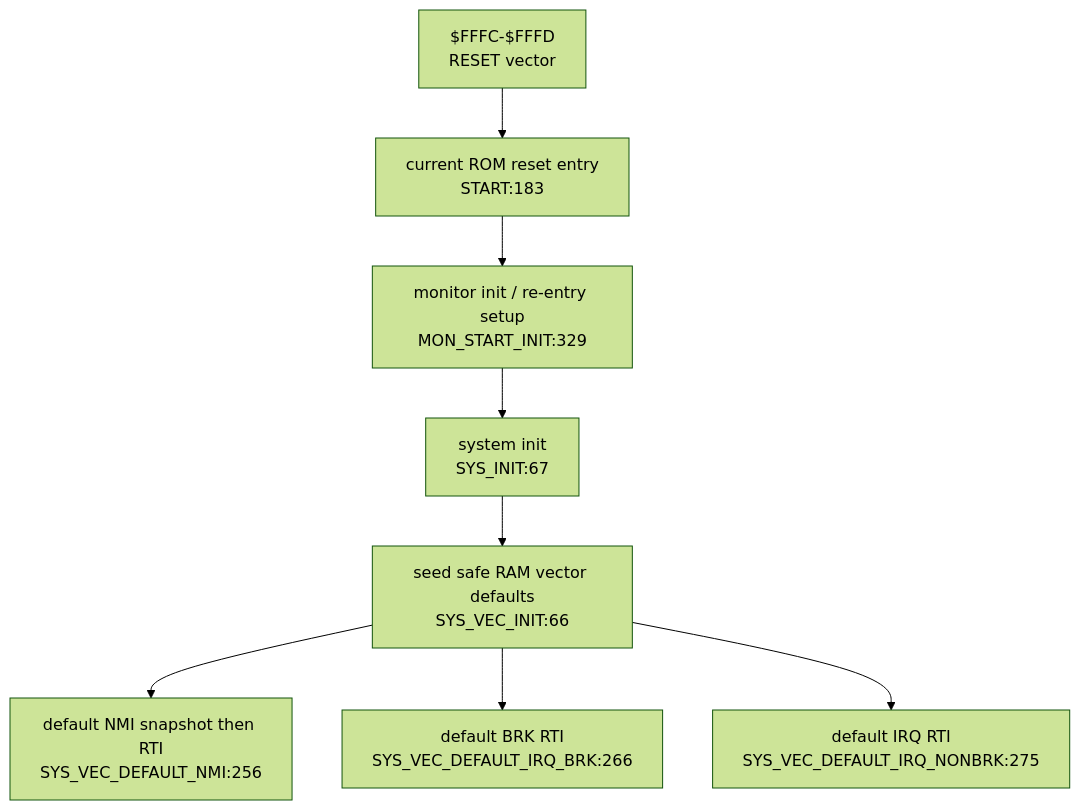
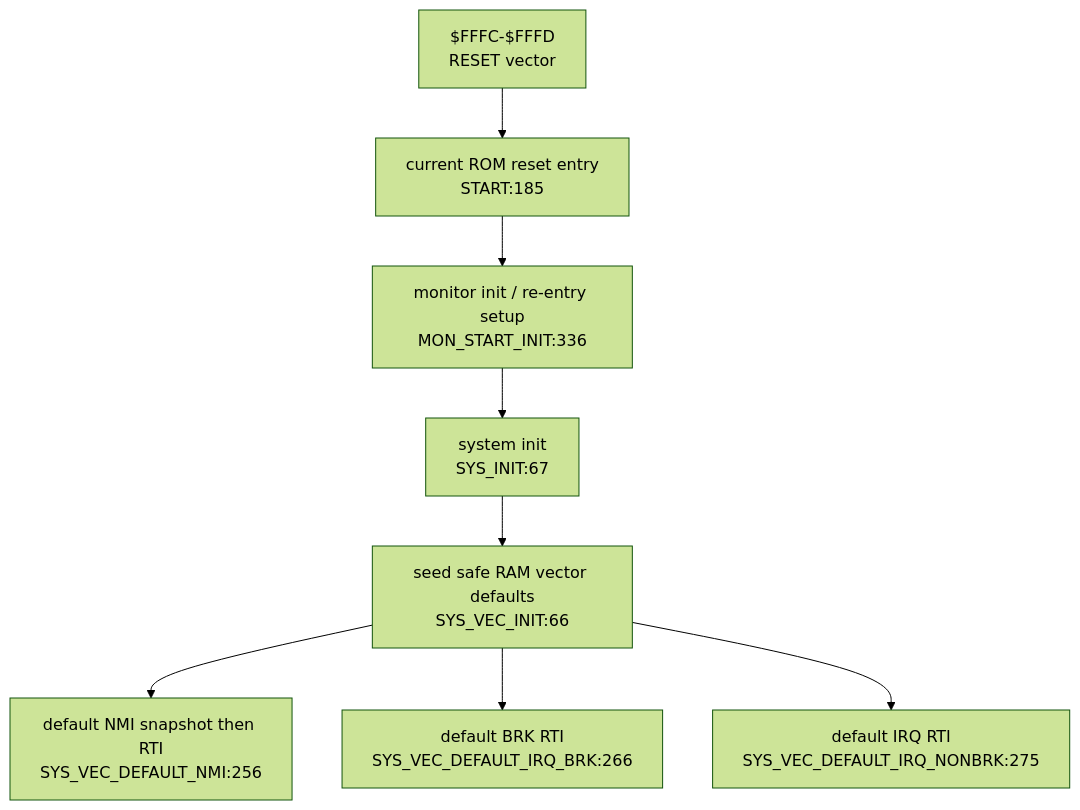
Before and after one commit to 95westus/R-YORS: the second of 6 diagrams in DOC/GENERATED/INTERRUPT_VECTOR_MAP.md, drawn with Mermaid (forest theme). The commit also changed other lines of this file and 32 other files, not shown here.

````diff
--- a/DOC/GENERATED/INTERRUPT_VECTOR_MAP.md
+++ b/DOC/GENERATED/INTERRUPT_VECTOR_MAP.md
@@ -37,10 +37,10 @@
 ```mermaid
 flowchart TD
-    RESETV["$FFFC-$FFFD<br/>RESET vector"] --> STARTN["current ROM reset entry<br/>START:183"]
-    STARTN --> INIT["monitor init / re-entry setup<br/>MON_START_INIT:329"]
+    RESETV["$FFFC-$FFFD<br/>RESET vector"] --> STARTN["current ROM reset entry<br/>START:185"]
+    STARTN --> INIT["monitor init / re-entry setup<br/>MON_START_INIT:336"]
     INIT --> SYSINIT["system init<br/>SYS_INIT:67"]
     SYSINIT --> VECINIT["seed safe RAM vector defaults<br/>SYS_VEC_INIT:66"]
     VECINIT --> DEFNMI["default NMI snapshot then RTI<br/>SYS_VEC_DEFAULT_NMI:256"]
     VECINIT --> DEFBRK["default BRK RTI<br/>SYS_VEC_DEFAULT_IRQ_BRK:266"]
     VECINIT --> DEFIRQ["default IRQ RTI<br/>SYS_VEC_DEFAULT_IRQ_NONBRK:275"]
 ```
````
